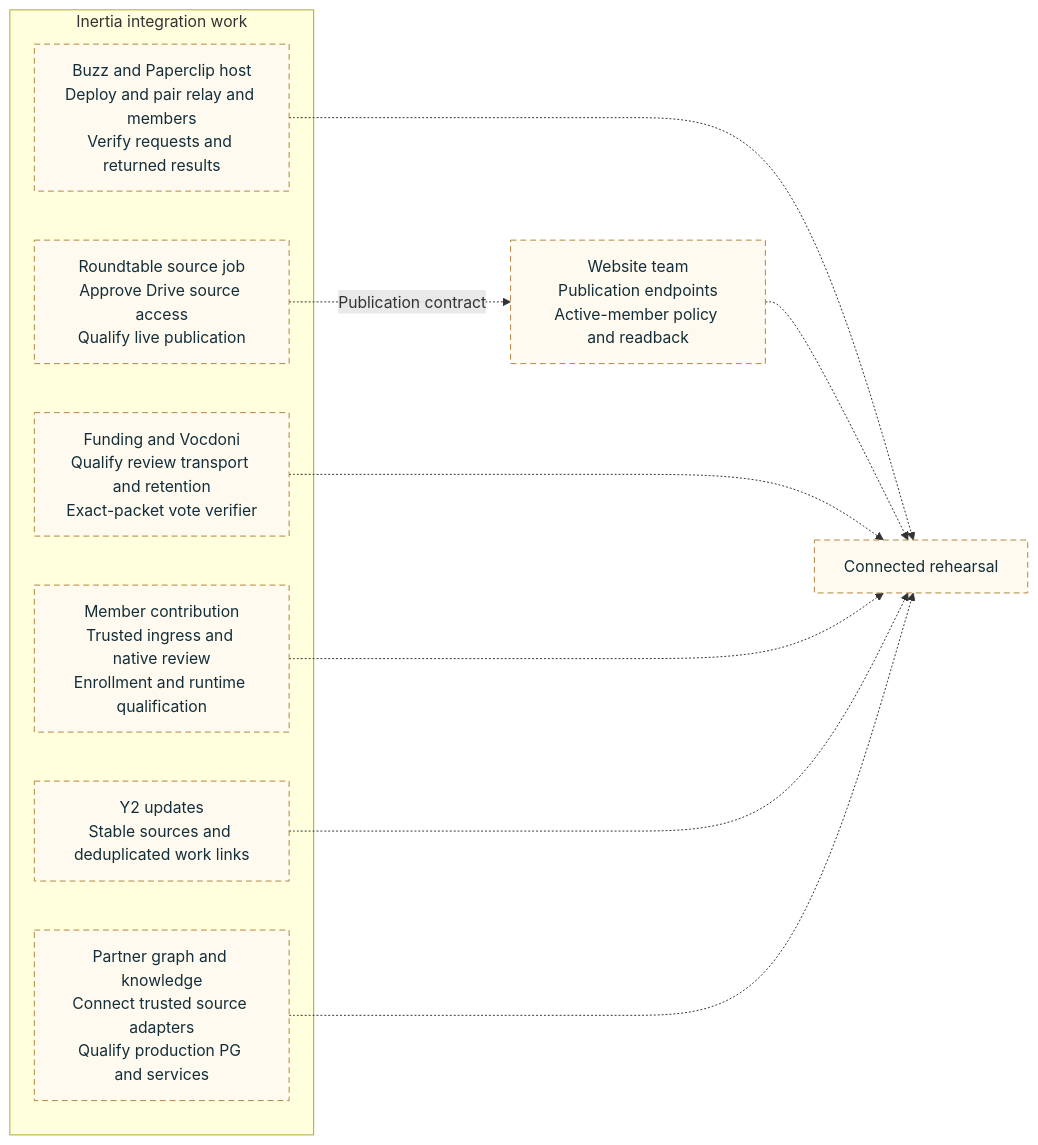
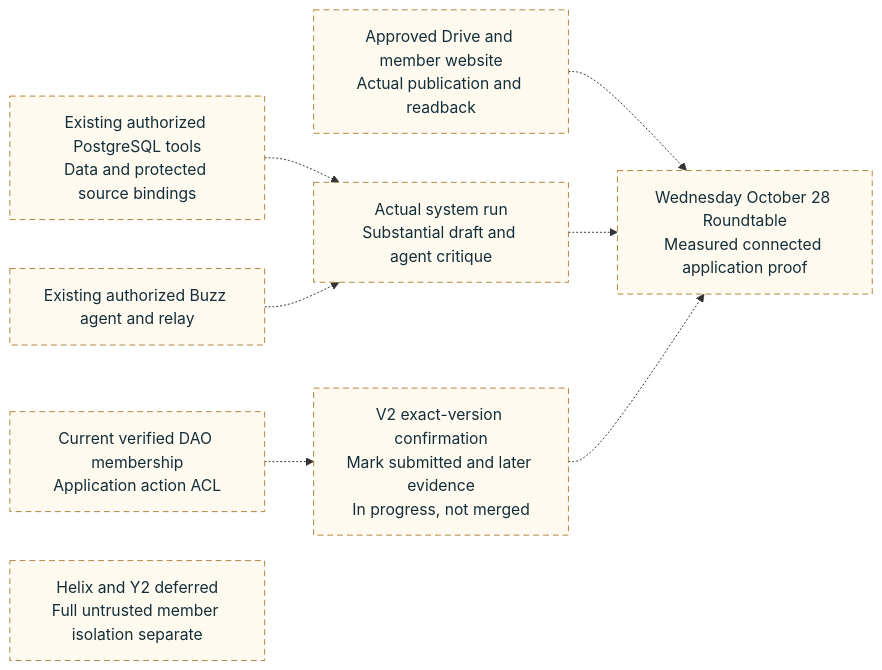
The diagram in docs/architecture/diagrams/dependency-roadmap.mmd (NetRxn/Inertia), drawn with Mermaid before and after one commit. The commit also changed 22 other files, not shown here.

Commit message:
docs: synchronize current member and Wednesday handoff contracts

```diff
--- a/docs/architecture/diagrams/dependency-roadmap.mmd
+++ b/docs/architecture/diagrams/dependency-roadmap.mmd
@@ -1,23 +1,14 @@
 flowchart LR
- subgraph Inertia[Inertia integration work]
- B["Buzz and Paperclip host<br/>Deploy and pair relay and members<br/>Verify requests and returned results"]
- R["Roundtable source job<br/>Approve Drive source access<br/>Qualify live publication"]
- G["Funding and Vocdoni<br/>Qualify review transport and retention<br/>Exact-packet vote verifier"]
- C["Member contribution<br/>Trusted ingress and native review<br/>Enrollment and runtime qualification"]
- Y["Y2 updates<br/>Stable sources and deduplicated work links"]
- K["Partner graph and knowledge<br/>Connect trusted source adapters<br/>Qualify production PG and services"]
- end
- W["Website team<br/>Publication endpoints<br/>Active-member policy and readback"]
- R -.->|Publication contract| W
- B -.-> DEMO["Connected rehearsal"]
- W -.-> DEMO
- G -.-> DEMO
- C -.-> DEMO
- Y -.-> DEMO
- K -.-> DEMO
- class B,R,G,C,Y,K,W,DEMO planned
+ SQL["Existing authorized PostgreSQL tools<br/>Data and protected source bindings"] -.-> RUN["Actual system run<br/>Substantial draft and agent critique"]
+ B["Existing authorized Buzz agent and relay"] -.-> RUN
+ ACL["Current verified DAO membership<br/>Application action ACL"] -.-> V["V2 exact-version confirmation<br/>Mark submitted and later evidence<br/>In progress, not merged"]
+ W["Approved Drive and member website<br/>Actual publication and readback"] -.-> DEMO["Wednesday October 28 Roundtable<br/>Measured connected application proof"]
+ RUN -.-> DEMO
+ V -.-> DEMO
+ L["Helix and Y2 deferred<br/>Full untrusted member isolation separate"]
+ class SQL,B,ACL,W,RUN,V,DEMO,L planned
 
  classDef core fill:#e7f1ee,stroke:#157d80,color:#132e38,stroke-width:2px
  classDef planned fill:#fffaf0,stroke:#b1853e,color:#132e38,stroke-dasharray:6 4
  classDef reviewed fill:#f5f0ff,stroke:#8064a2,color:#132e38
  classDef store fill:#edf2f7,stroke:#61788b,color:#132e38
```
